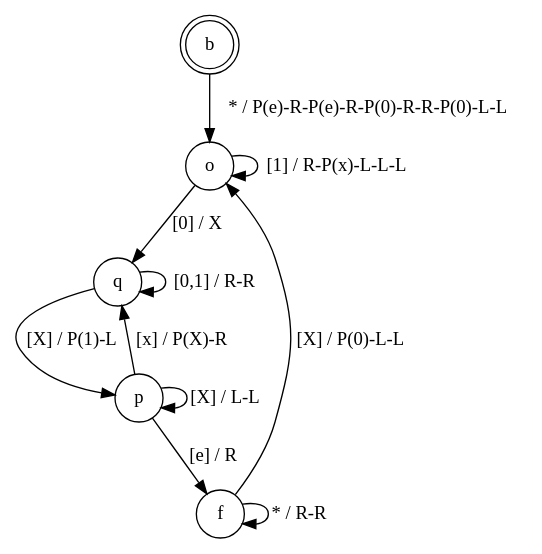
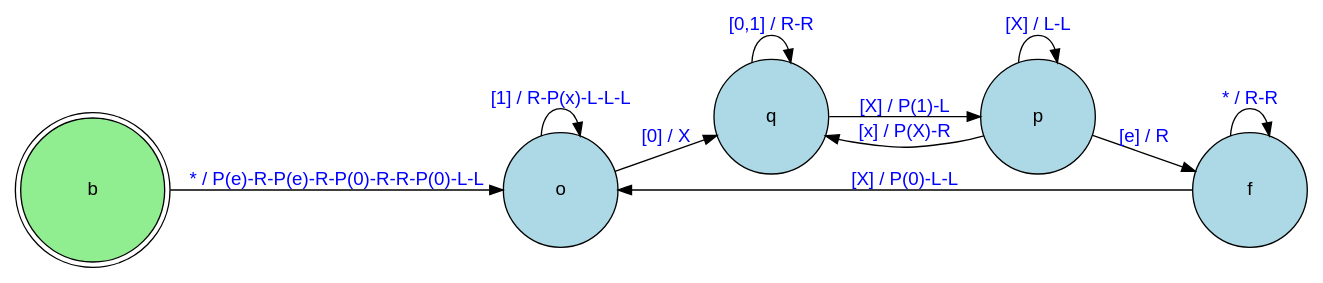
One commit to mabhay3420/state_machine_compile_rust changed the diagram in state_machine.dot. Above: the diagram before and after it, drawn with Graphviz. The commit also changed 3 other files, not shown here.

```diff
--- a/state_machine.dot
+++ b/state_machine.dot
@@ -1,17 +1,21 @@
 digraph {
-  "b" [shape=doublecircle];
-  "o" [shape=circle];
-  "q" [shape=circle];
-  "p" [shape=circle];
-  "f" [shape=circle];
-  "b" -> "o" [label="* / P(e)-R-P(e)-R-P(0)-R-R-P(0)-L-L"];
-  "o" -> "o" [label="[1] / R-P(x)-L-L-L"];
-  "o" -> "q" [label="[0] / X"];
-  "q" -> "q" [label="[0,1] / R-R"];
-  "q" -> "p" [label="[X] / P(1)-L"];
-  "p" -> "q" [label="[x] / P(X)-R"];
-  "p" -> "f" [label="[e] / R"];
-  "p" -> "p" [label="[X] / L-L"];
-  "f" -> "f" [label="* / R-R"];
-  "f" -> "o" [label="[X] / P(0)-L-L"];
-}
+  rankdir=LR;
+  labelloc="t";
+  node [shape=circle, style=filled, fillcolor=lightblue, fontname="Arial"];
+  edge [fontcolor=blue, fontname="Arial"];
+  "b" [shape=doublecircle, fillcolor=lightgreen, width=1.5, height=1.5];
+  "o" [shape=circle, fillcolor=lightblue, width=1.2, height=1.2];
+  "q" [shape=circle, fillcolor=lightblue, width=1.2, height=1.2];
+  "p" [shape=circle, fillcolor=lightblue, width=1.2, height=1.2];
+  "f" [shape=circle, fillcolor=lightblue, width=1.2, height=1.2];
+  "b" -> "o" [label="* / P(e)-R-P(e)-R-P(0)-R-R-P(0)-L-L", color=black];
+  "o" -> "o" [label="[1] / R-P(x)-L-L-L", color=black];
+  "o" -> "q" [label="[0] / X", color=black];
+  "q" -> "q" [label="[0,1] / R-R", color=black];
+  "q" -> "p" [label="[X] / P(1)-L", color=black];
+  "p" -> "q" [label="[x] / P(X)-R", color=black];
+  "p" -> "f" [label="[e] / R", color=black];
+  "p" -> "p" [label="[X] / L-L", color=black];
+  "f" -> "f" [label="* / R-R", color=black];
+  "f" -> "o" [label="[X] / P(0)-L-L", color=black];
+ } 
```
